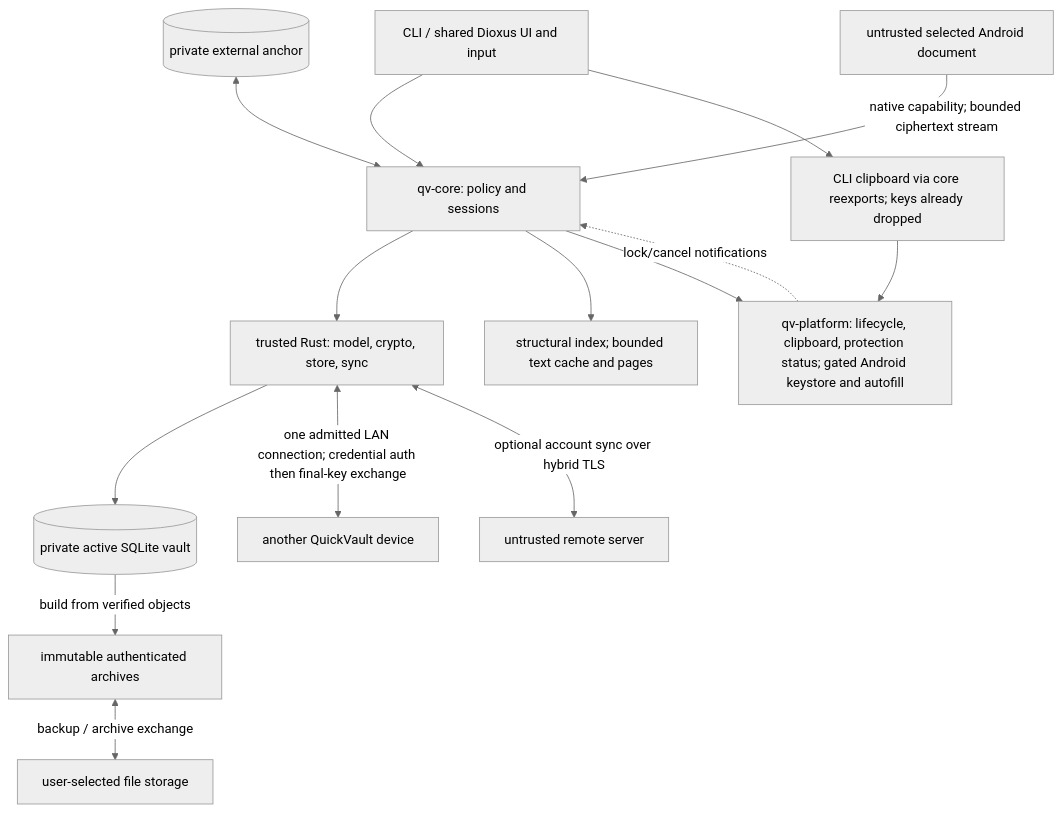
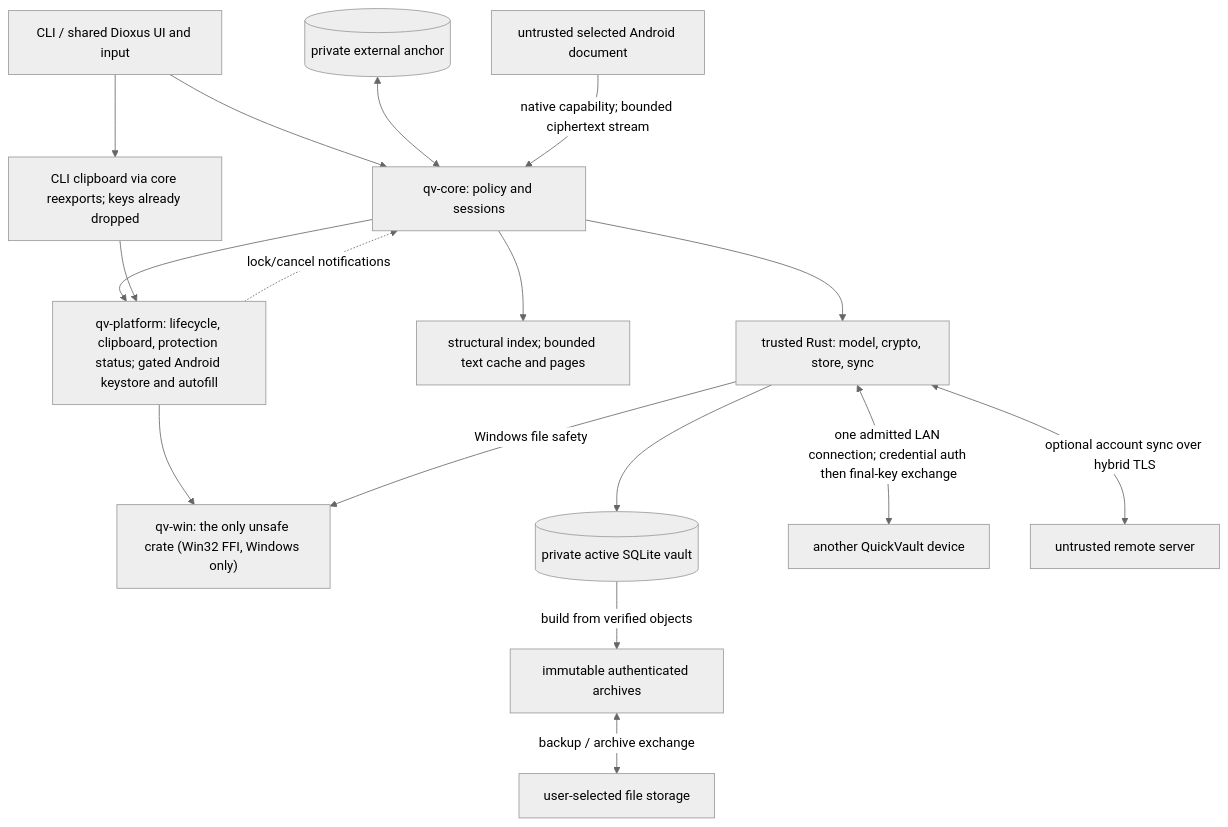
Before and after one commit to rdbo/quickvault: the diagram in ARCHITECTURE.md, drawn with Mermaid (neutral theme). The commit also changed other lines of this file and 105 other files, not shown here.

````diff
--- a/ARCHITECTURE.md
+++ b/ARCHITECTURE.md
@@ -456,17 +466,19 @@
 ```mermaid
 flowchart TB
     ui["CLI / shared Dioxus UI and input"] --> core["qv-core: policy and sessions"]
     core --> rust["trusted Rust: model, crypto, store, sync"]
     core --> views["structural index; bounded text cache and pages"]
     core --> platform["qv-platform: lifecycle, clipboard, protection status; gated Android keystore and autofill"]
+    platform --> win["qv-win: the only unsafe crate (Win32 FFI, Windows only)"]
+    rust -->|"Windows file safety"| win
     platform -. "lock/cancel notifications" .-> core
     ui --> clip["CLI clipboard via core reexports; keys already dropped"]
     clip --> platform
     rust --> db[("private active SQLite vault")]
     db -->|"build from verified objects"| snapshot["immutable authenticated archives"]
     snapshot <-->|"backup / archive exchange"| files["user-selected file storage"]
     rust <-->|"one admitted LAN connection; credential auth then final-key exchange"| peer["another QuickVault device"]
     rust <-->|"optional account sync over hybrid TLS"| server["untrusted remote server"]
     anchor[("private external anchor")] <--> core
     document["untrusted selected Android document"] -->|"native capability; bounded ciphertext stream"| core
 ```
````
